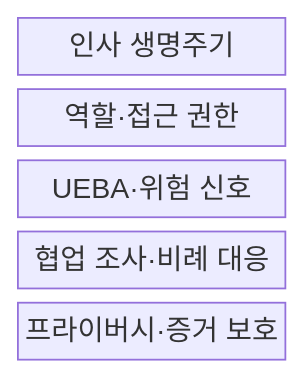
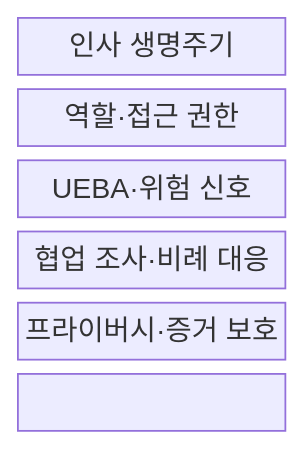
The first of 2 diagrams in src/content/docs/notes/05-security/113_insider_threat_management.md (agnusdei1207/knowledge-base), drawn with Mermaid before and after one commit. The commit also changed other lines of this file and 151 other files, not shown here.

````diff
--- a/src/content/docs/notes/05-security/113_insider_threat_management.md
+++ b/src/content/docs/notes/05-security/113_insider_threat_management.md
@@ -51,9 +51,11 @@
 ```mermaid
 block-beta
   columns 1
   H["인사 생명주기"]
   R["역할·접근 권한"]
   B["UEBA·위험 신호"]
   I["협업 조사·비례 대응"]
   P["프라이버시·증거 보호"]
+  H --- R --- B
+  B --- I --- P
 ```
````
